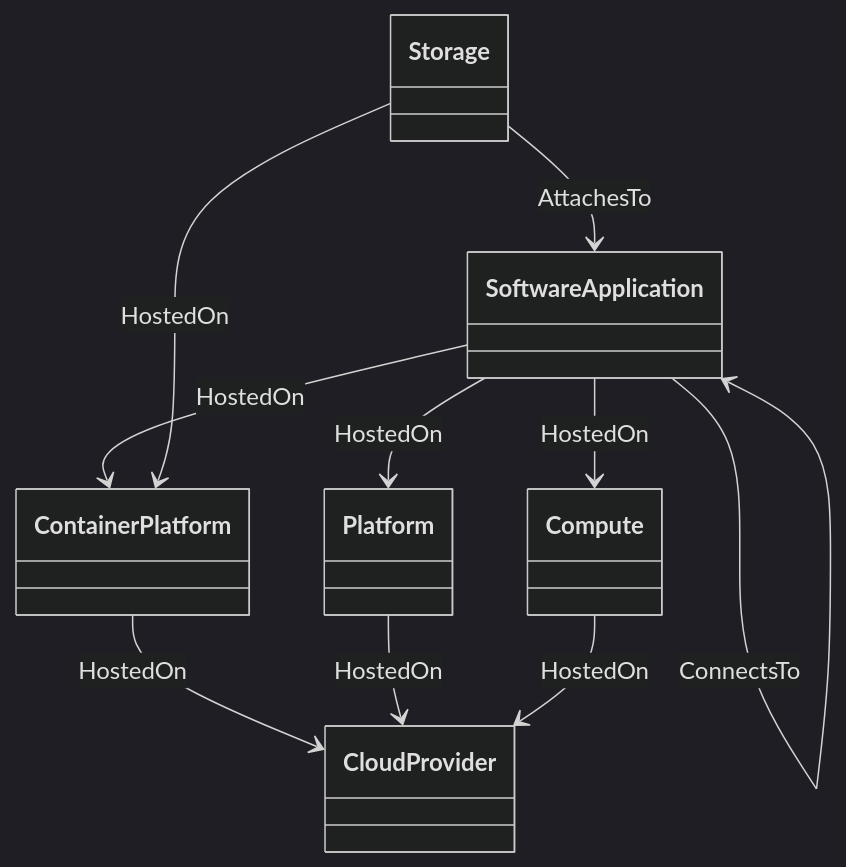
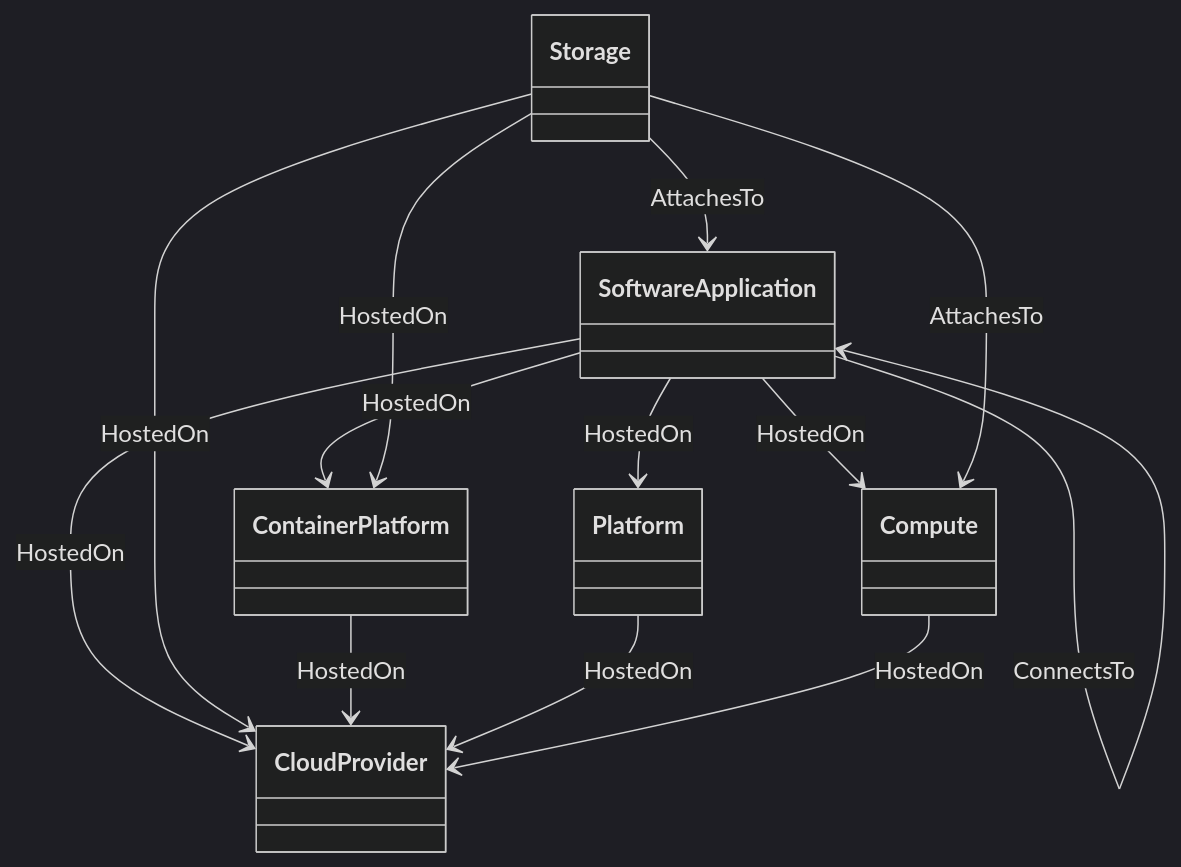
Before and after one commit to UST-DeMAF/demaf-type-definitions: the third of 3 diagrams in README.md, drawn with Mermaid (dark theme). The commit also changed other lines of this file, not shown here.

First line of the commit message:
Extend the examples and relations in the README diagrams

````diff
--- a/README.md
+++ b/README.md
@@ -133,20 +150,23 @@
 ```mermaid
 classDiagram
     direction TB
     class CloudProvider
     class Compute
     class Platform
     class ContainerPlatform
     class SoftwareApplication
     class Storage
 
     SoftwareApplication --> ContainerPlatform : HostedOn
     SoftwareApplication --> Platform : HostedOn
     SoftwareApplication --> Compute : HostedOn
+    SoftwareApplication --> CloudProvider : HostedOn
     SoftwareApplication --> SoftwareApplication : ConnectsTo
     Storage --> SoftwareApplication : AttachesTo
+    Storage --> Compute : AttachesTo
     Storage --> ContainerPlatform : HostedOn
+    Storage --> CloudProvider : HostedOn
     ContainerPlatform --> CloudProvider : HostedOn
     Platform --> CloudProvider : HostedOn
     Compute --> CloudProvider : HostedOn
 ```
````
